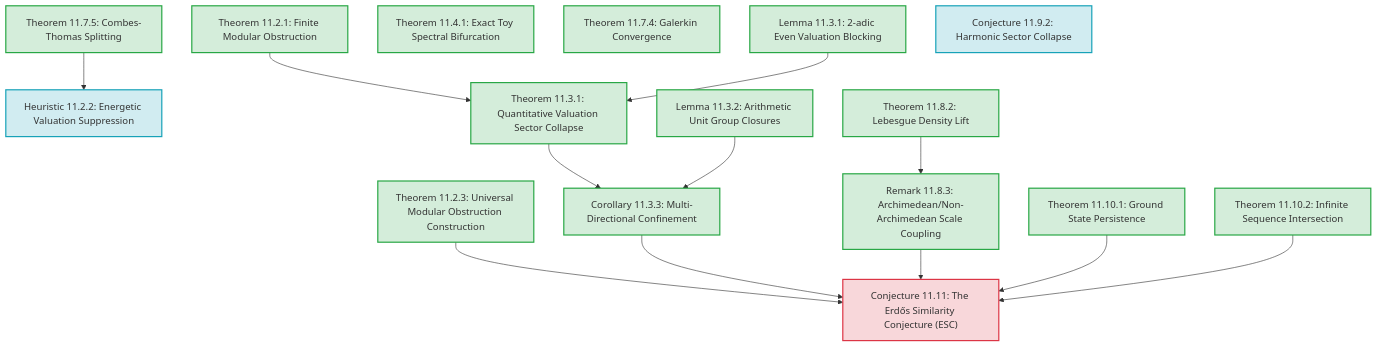
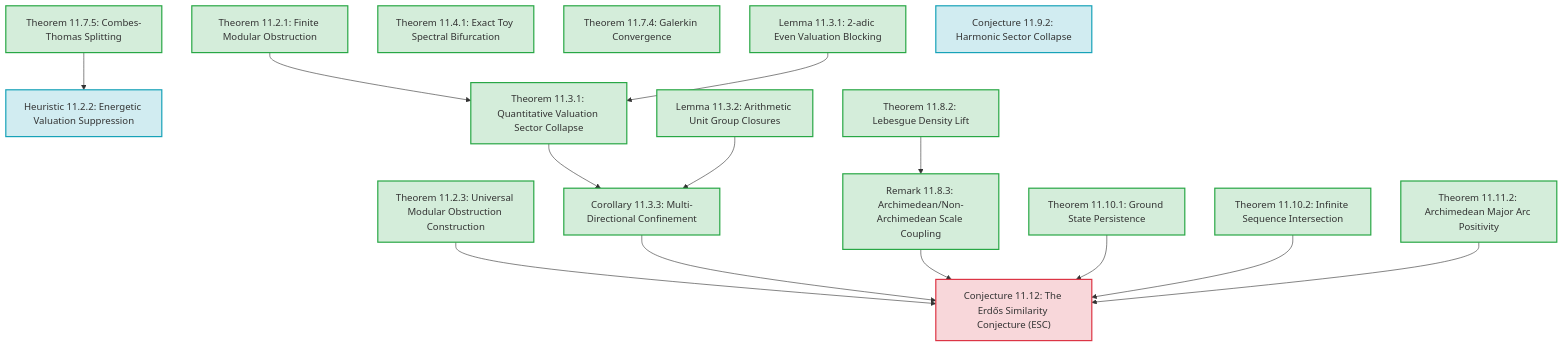
Before and after one commit to sneed-and-feed/adelic-spectral-zeta: the diagram in docs/monograph/11_erdos_similarity_adelic.md, drawn with Mermaid. The commit also changed other lines of this file, not shown here.

Commit message:
Refactor Chapter 11 proofs (Galerkin, Combes-Thomas, Compactness Cover, and Fourier Archimedean Detector)

````diff
--- a/docs/monograph/11_erdos_similarity_adelic.md
+++ b/docs/monograph/11_erdos_similarity_adelic.md
@@ -42,36 +43,38 @@
 ```mermaid
 graph TD
     classDef proved fill:#d4edda,stroke:#28a745,stroke-width:2px;
     classDef conditional fill:#fff3cd,stroke:#ffc107,stroke-width:2px;
     classDef numerical fill:#d1ecf1,stroke:#17a2b8,stroke-width:2px;
     classDef conjectural fill:#f8d7da,stroke:#dc3545,stroke-width:2px;
 
     T1121["Theorem 11.2.1: Finite Modular Obstruction"]:::proved
     H1122["Heuristic 11.2.2: Energetic Valuation Suppression"]:::numerical
     T1123["Theorem 11.2.3: Universal Modular Obstruction Construction"]:::proved
     L1131["Lemma 11.3.1: 2-adic Even Valuation Blocking"]:::proved
     T1131["Theorem 11.3.1: Quantitative Valuation Sector Collapse"]:::proved
     L1132["Lemma 11.3.2: Arithmetic Unit Group Closures"]:::proved
     C1133["Corollary 11.3.3: Multi-Directional Confinement"]:::proved
     T1141["Theorem 11.4.1: Exact Toy Spectral Bifurcation"]:::proved
     T1174["Theorem 11.7.4: Galerkin Convergence"]:::proved
     T1175["Theorem 11.7.5: Combes-Thomas Splitting"]:::proved
     T1182["Theorem 11.8.2: Lebesgue Density Lift"]:::proved
     R1183["Remark 11.8.3: Archimedean/Non-Archimedean Scale Coupling"]:::proved
     H1192["Conjecture 11.9.2: Harmonic Sector Collapse"]:::numerical
     T11101["Theorem 11.10.1: Ground State Persistence"]:::proved
     T11102["Theorem 11.10.2: Infinite Sequence Intersection"]:::proved
-    ESC["Conjecture 11.11: The Erdős Similarity Conjecture (ESC)"]:::conjectural
+    T11112["Theorem 11.11.2: Archimedean Major Arc Positivity"]:::proved
+    ESC["Conjecture 11.12: The Erdős Similarity Conjecture (ESC)"]:::conjectural
 
     T1121 --> T1131
     L1131 --> T1131
     T1131 --> C1133
     L1132 --> C1133
     T1175 --> H1122
     T1182 --> R1183
     T1123 --> ESC
     C1133 --> ESC
     R1183 --> ESC
     T11101 --> ESC
     T11102 --> ESC
+    T11112 --> ESC
 ```
````
